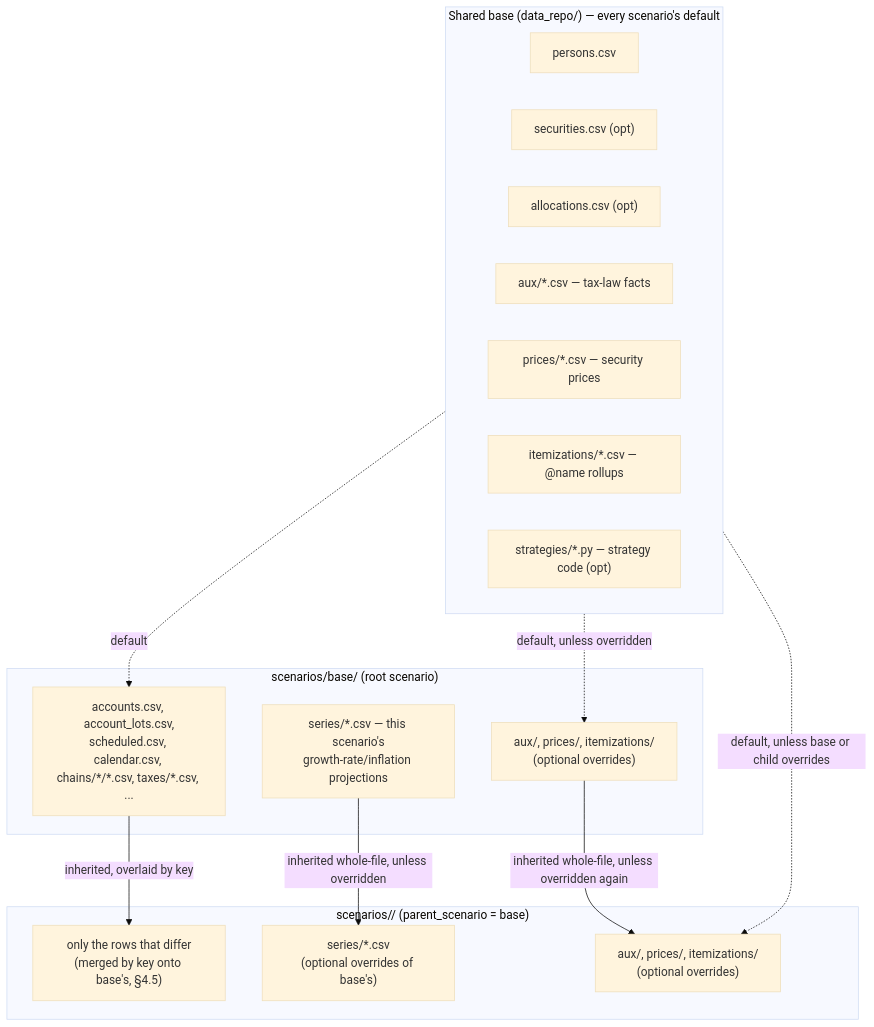
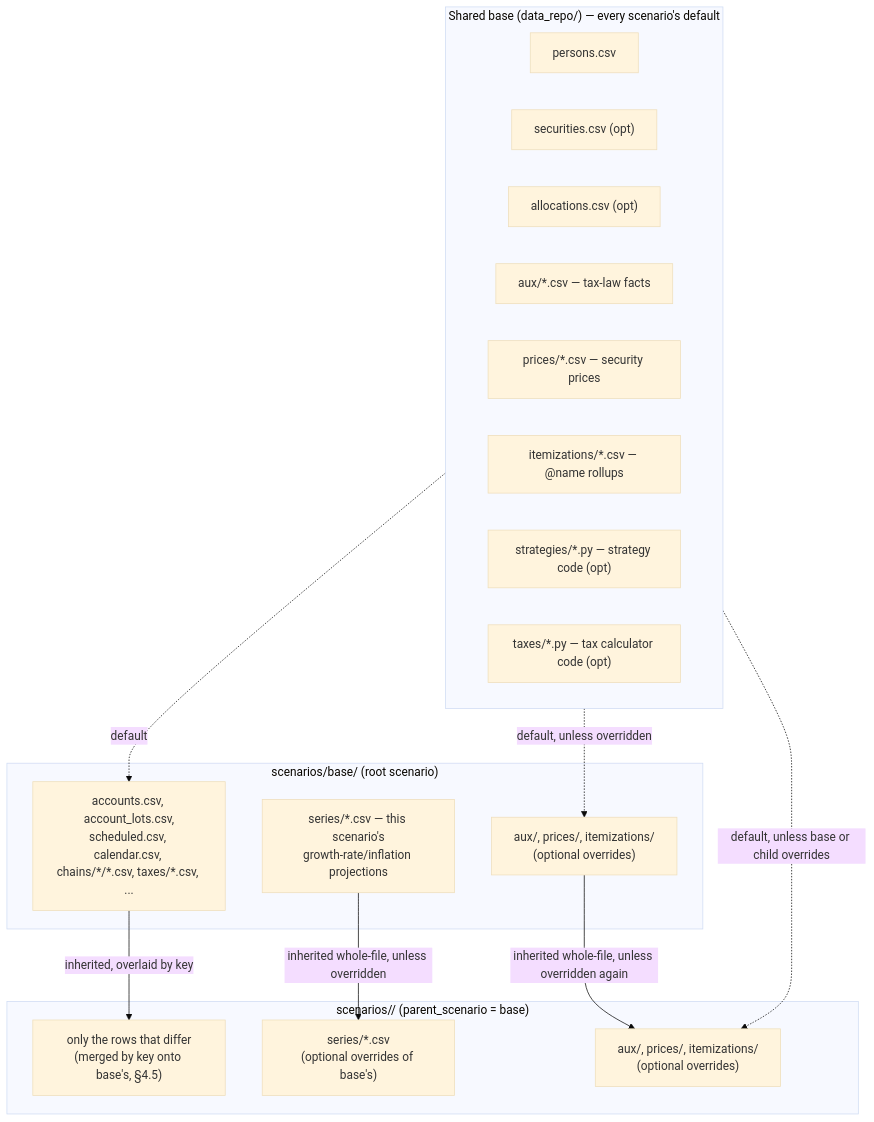
The first of 2 diagrams in docs/architecture/ADR-003-registries-and-csv-schemas.md (BobKerns/analysis), drawn with Mermaid (base theme) before and after one commit. The commit also changed other lines of this file and 13 other files, not shown here.

````diff
--- a/docs/architecture/ADR-003-registries-and-csv-schemas.md
+++ b/docs/architecture/ADR-003-registries-and-csv-schemas.md
@@ -348,34 +348,35 @@
 ```mermaid
 flowchart TB
     subgraph shared["Shared base (data_repo/) — every scenario's default"]
         persons["persons.csv"]
         securities["securities.csv (opt)"]
         allocations["allocations.csv (opt)"]
         aux["aux/*.csv — tax-law facts"]
         prices["prices/*.csv — security prices"]
         itemizations["itemizations/*.csv — @name rollups"]
         strategies["strategies/*.py — strategy code (opt)"]
+        tax_code["taxes/*.py — tax calculator code (opt)"]
     end
     subgraph base["scenarios/base/ (root scenario)"]
         base_files["accounts.csv, account_lots.csv,
 scheduled.csv, calendar.csv, chains/*/*.csv, taxes/*.csv, ..."]
         base_series["series/*.csv — this scenario's
 growth-rate/inflation projections"]
         base_override["aux/, prices/, itemizations/
 (optional overrides)"]
     end
     subgraph child["scenarios/<derived>/ (parent_scenario = base)"]
         child_files["only the rows that differ
 (merged by key onto base's, §4.5)"]
         child_series["series/*.csv
 (optional overrides of base's)"]
         child_override["aux/, prices/, itemizations/
 (optional overrides)"]
     end
     shared -.->|default| base_files
     shared -.->|default, unless overridden| base_override
     base_files -->|inherited, overlaid by key| child_files
     base_series -->|inherited whole-file, unless overridden| child_series
     base_override -->|inherited whole-file, unless overridden again| child_override
     shared -.->|default, unless base or child overrides| child_override
 ```
````
